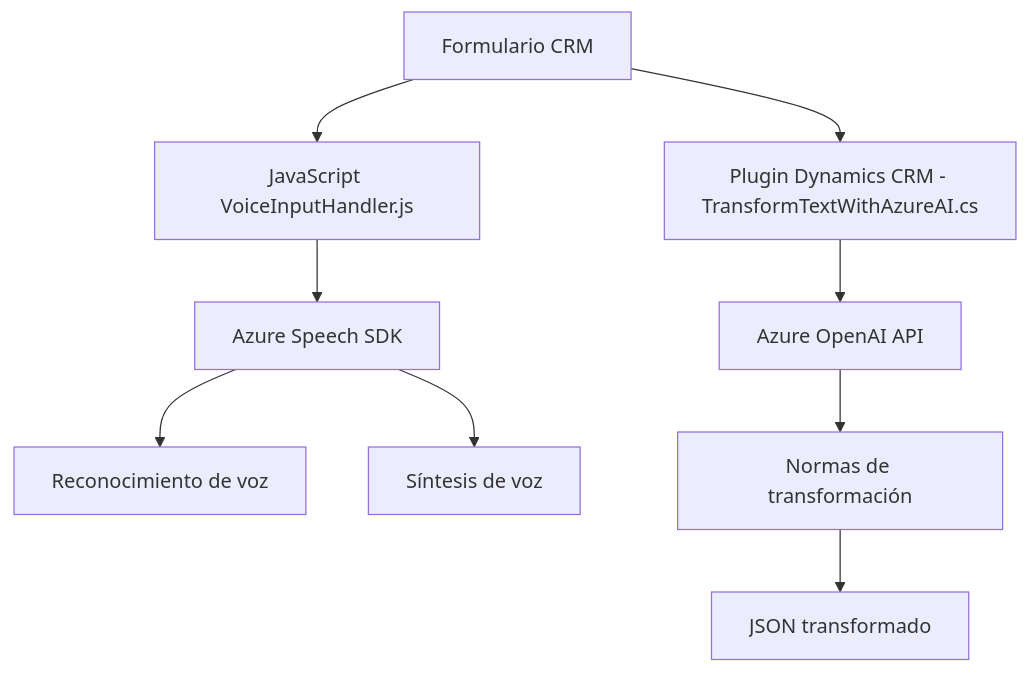
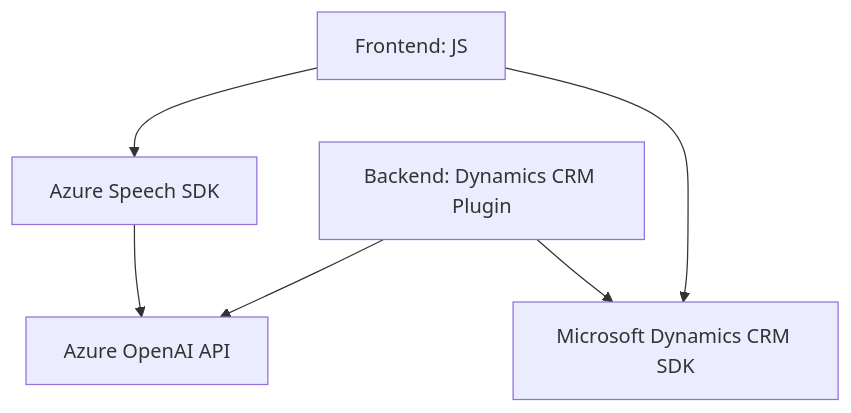
Before and after one commit to blopezdm/NETCORE_BILBAO2025: the diagram in README.md, drawn with Mermaid. The commit also changed other lines of this file, not shown here.

````diff
--- a/README.md
+++ b/README.md
@@ -51,11 +58,14 @@
 ```mermaid
 graph TD
-    A["Formulario CRM"] --> B["JavaScript VoiceInputHandler.js"]
-    B-->C["Azure Speech SDK"]
-    C-->D["Reconocimiento de voz"]
-    C-->E["Síntesis de voz"]
-    A-->F["Plugin Dynamics CRM - TransformTextWithAzureAI.cs"]
-    F-->G["Azure OpenAI API"]
-    G-->H["Normas de transformación"]
-    H-->I["JSON transformado"]
+    A["Frontend: JS"]
+    B["Backend: Dynamics CRM Plugin"]
+    C["Azure Speech SDK"]
+    D["Azure OpenAI API"]
+    E["Microsoft Dynamics CRM SDK"]
+
+    A --> C
+    A --> E
+    B --> D
+    B --> E
+    C --> D
 ```
````
